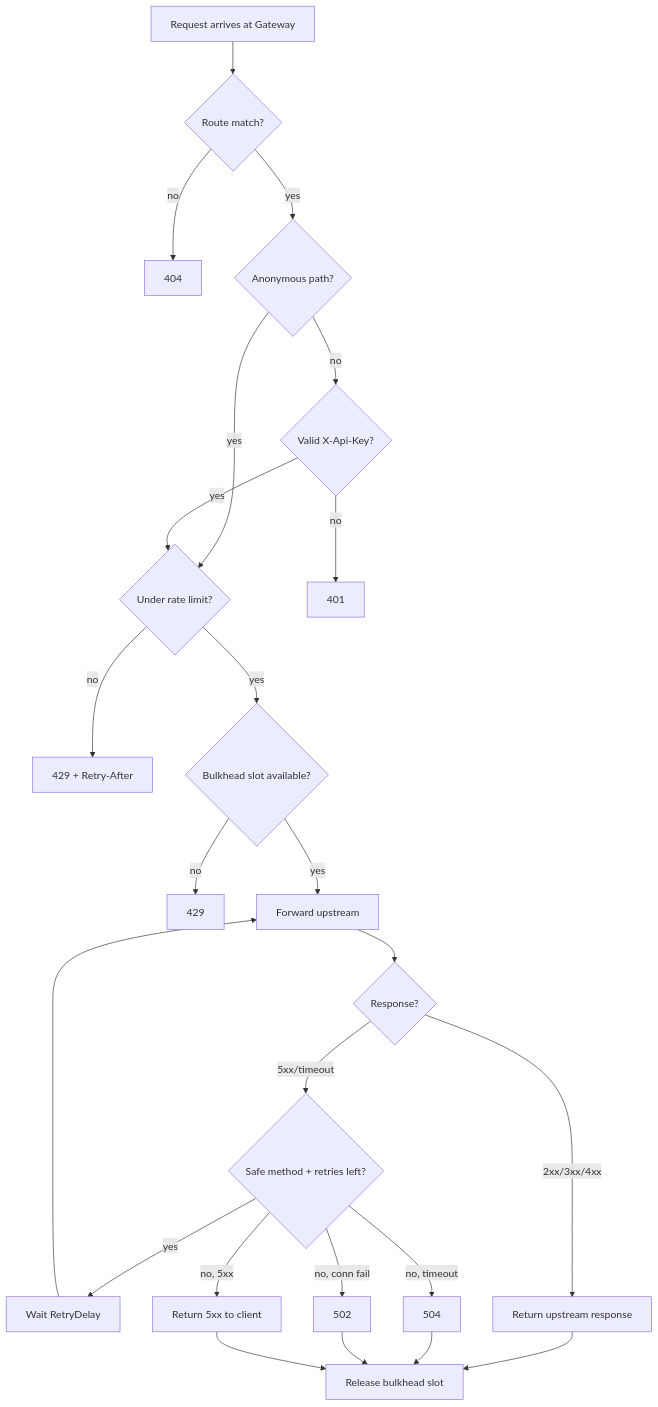
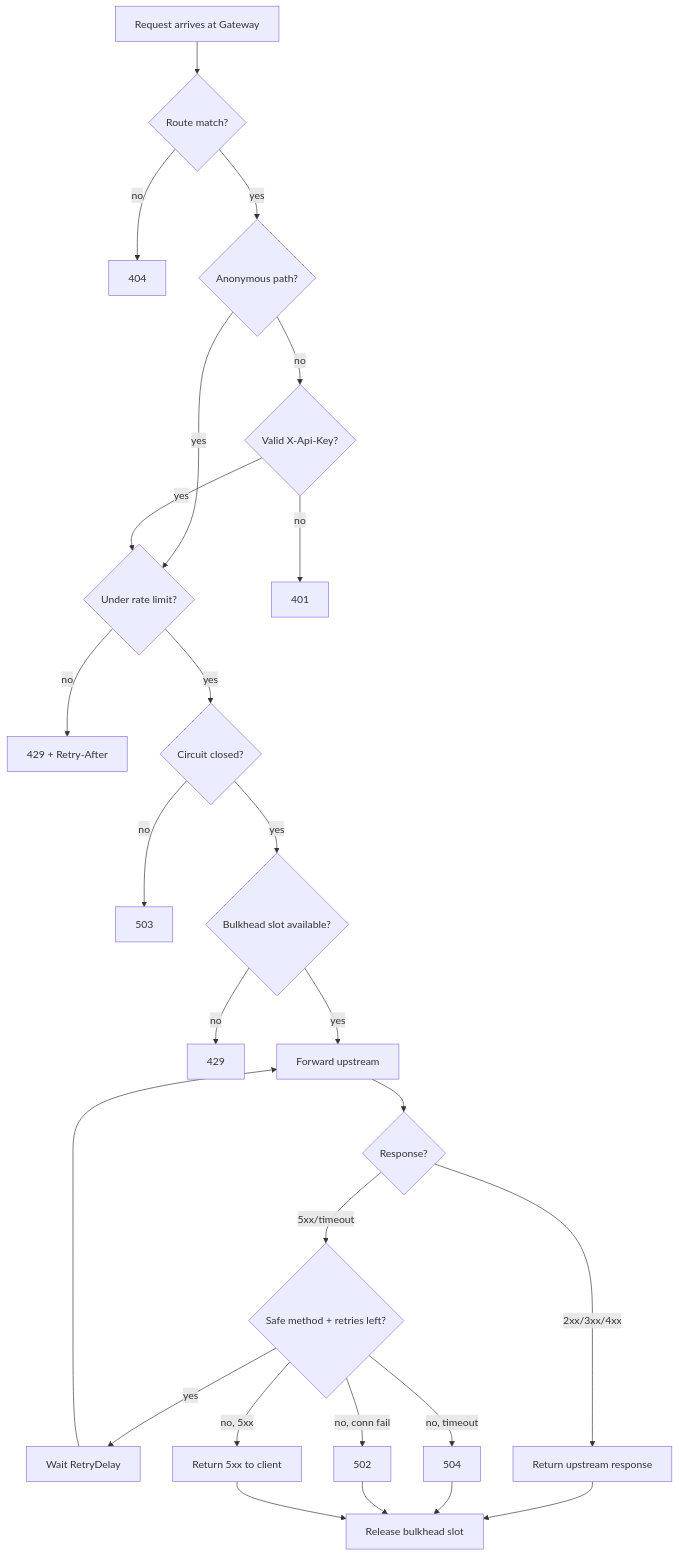
One commit to Am64r/mini-gateway changed the second of 3 diagrams in README.md. Above: the diagram before and after it, drawn with Mermaid. The commit also changed other lines of this file and 5 other files, not shown here.

````diff
--- a/README.md
+++ b/README.md
@@ -23,25 +23,27 @@
 ```mermaid
 flowchart TD
     R[Request arrives at Gateway] --> M{Route match?}
     M -- no --> N[404]
     M -- yes --> A{Anonymous path?}
     A -- yes --> RL{Under rate limit?}
     A -- no --> K{Valid X-Api-Key?}
     K -- no --> U401[401]
     K -- yes --> RL
     RL -- no --> U429a[429 + Retry-After]
-    RL -- yes --> BH{Bulkhead slot available?}
+    RL -- yes --> CB{Circuit closed?}
+    CB -- no --> U503[503]
+    CB -- yes --> BH{Bulkhead slot available?}
     BH -- no --> U429b[429]
     BH -- yes --> F[Forward upstream]
     F --> RS{Response?}
     RS -- 5xx/timeout --> RT{Safe method + retries left?}
     RT -- yes --> WAIT[Wait RetryDelay] --> F
     RT -- no, timeout --> U504[504]
     RT -- no, 5xx --> PASS[Return 5xx to client]
     RT -- no, conn fail --> U502[502]
     RS -- 2xx/3xx/4xx --> OK[Return upstream response]
     OK --> REL[Release bulkhead slot]
     U504 --> REL
     U502 --> REL
     PASS --> REL
 ```
````
